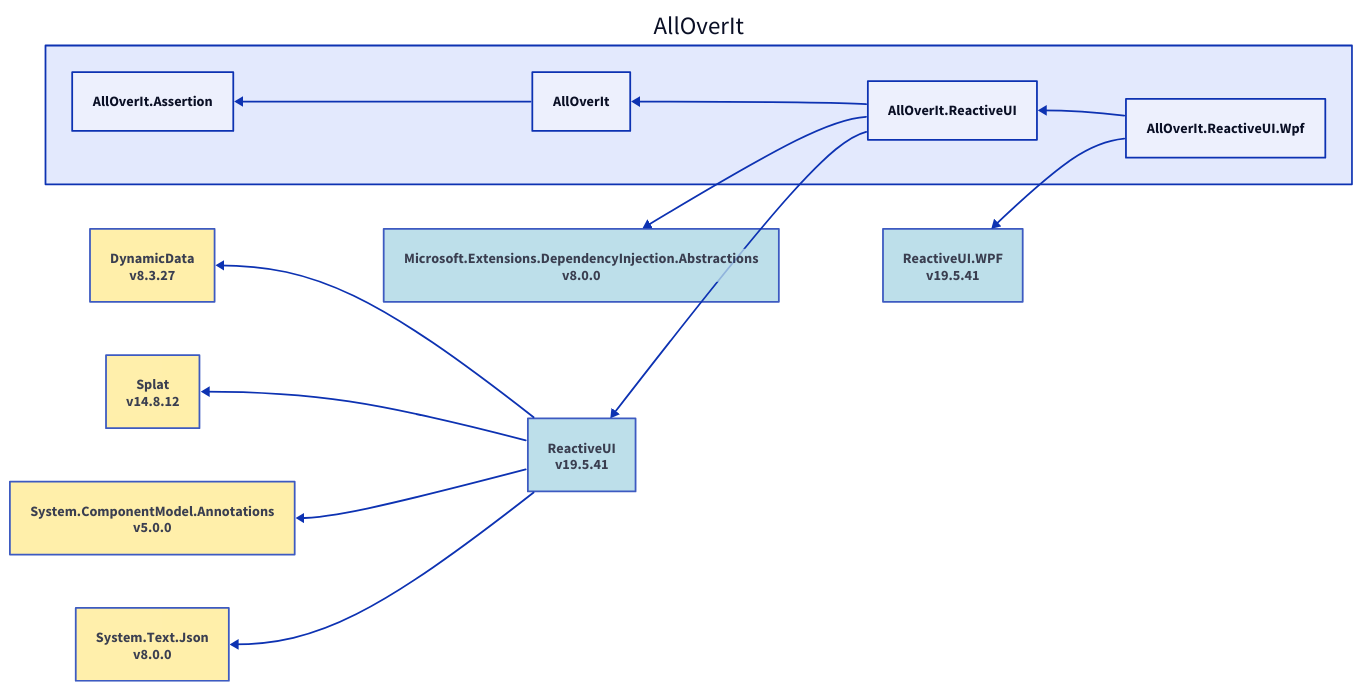
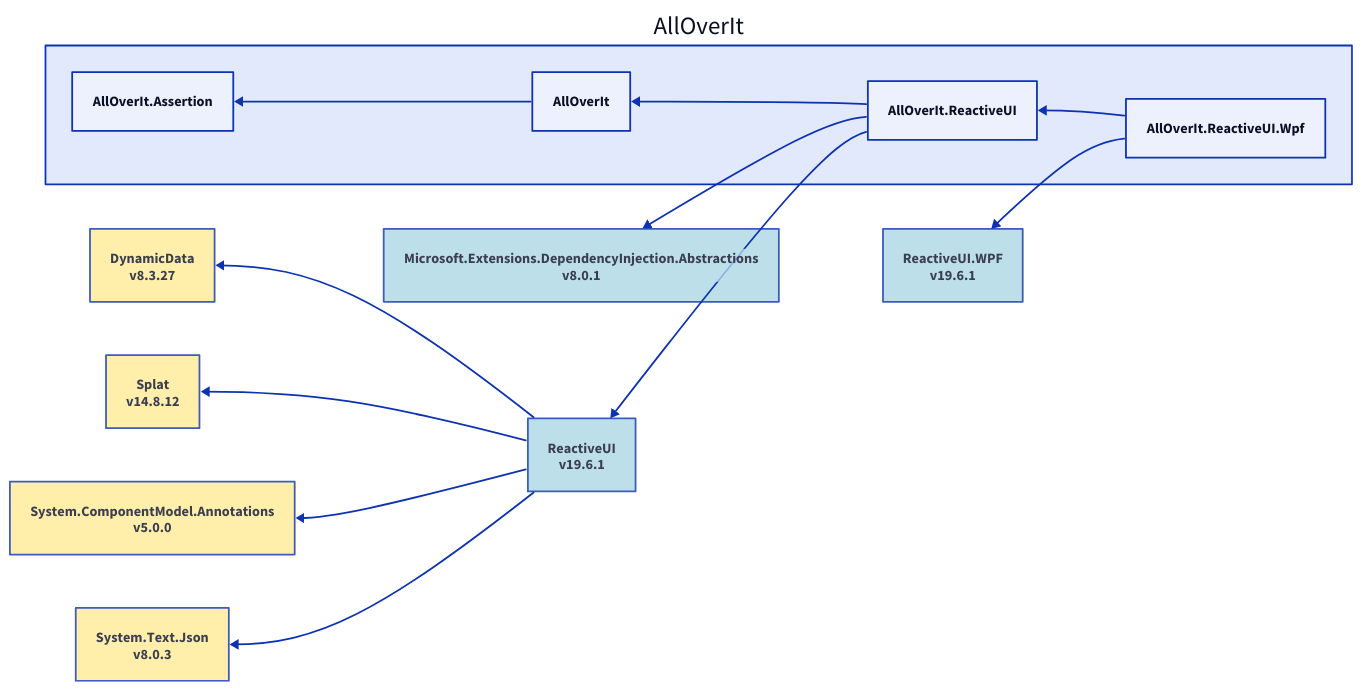
One commit to mjfreelancing/AllOverIt changed the diagram in Docs/Reference/Content/images/dependencies/net6.0/alloverit-reactiveui-wpf.d2. Above: the diagram before and after it, drawn with D2. The commit also changed 288 other files, not shown here.

```diff
--- a/Docs/Reference/Content/images/dependencies/net6.0/alloverit-reactiveui-wpf.d2
+++ b/Docs/Reference/Content/images/dependencies/net6.0/alloverit-reactiveui-wpf.d2
@@ -1,38 +1,38 @@
 direction: left
 
 aoi: AllOverIt
 aoi.alloverit-reactiveui-wpf: AllOverIt.ReactiveUI.Wpf
-reactiveui-wpf_19-5-41: ReactiveUI.WPF\nv19.5.41
-reactiveui-wpf_19-5-41.style.fill: "#ADD8E6"
-reactiveui-wpf_19-5-41.style.opacity: 0.8
-reactiveui-wpf_19-5-41 <- aoi.alloverit-reactiveui-wpf
+reactiveui-wpf_19-6-1: ReactiveUI.WPF\nv19.6.1
+reactiveui-wpf_19-6-1.style.fill: "#ADD8E6"
+reactiveui-wpf_19-6-1.style.opacity: 0.8
+reactiveui-wpf_19-6-1 <- aoi.alloverit-reactiveui-wpf
 aoi.alloverit-reactiveui: AllOverIt.ReactiveUI
-microsoft-extensions-dependencyinjection-abstractions_8-0-0: Microsoft.Extensions.DependencyInjection.Abstractions\nv8.0.0
-microsoft-extensions-dependencyinjection-abstractions_8-0-0.style.fill: "#ADD8E6"
-microsoft-extensions-dependencyinjection-abstractions_8-0-0.style.opacity: 0.8
-microsoft-extensions-dependencyinjection-abstractions_8-0-0 <- aoi.alloverit-reactiveui
-reactiveui_19-5-41: ReactiveUI\nv19.5.41
-reactiveui_19-5-41.style.fill: "#ADD8E6"
-reactiveui_19-5-41.style.opacity: 0.8
+microsoft-extensions-dependencyinjection-abstractions_8-0-1: Microsoft.Extensions.DependencyInjection.Abstractions\nv8.0.1
+microsoft-extensions-dependencyinjection-abstractions_8-0-1.style.fill: "#ADD8E6"
+microsoft-extensions-dependencyinjection-abstractions_8-0-1.style.opacity: 0.8
+microsoft-extensions-dependencyinjection-abstractions_8-0-1 <- aoi.alloverit-reactiveui
+reactiveui_19-6-1: ReactiveUI\nv19.6.1
+reactiveui_19-6-1.style.fill: "#ADD8E6"
+reactiveui_19-6-1.style.opacity: 0.8
 dynamicdata_8-3-27: DynamicData\nv8.3.27
 dynamicdata_8-3-27.style.fill: "#FFEC96"
 dynamicdata_8-3-27.style.opacity: 0.8
-dynamicdata_8-3-27 <- reactiveui_19-5-41
+dynamicdata_8-3-27 <- reactiveui_19-6-1
 splat_14-8-12: Splat\nv14.8.12
 splat_14-8-12.style.fill: "#FFEC96"
 splat_14-8-12.style.opacity: 0.8
-splat_14-8-12 <- reactiveui_19-5-41
+splat_14-8-12 <- reactiveui_19-6-1
 system-componentmodel-annotations_5-0-0: System.ComponentModel.Annotations\nv5.0.0
 system-componentmodel-annotations_5-0-0.style.fill: "#FFEC96"
 system-componentmodel-annotations_5-0-0.style.opacity: 0.8
-system-componentmodel-annotations_5-0-0 <- reactiveui_19-5-41
-system-text-json_8-0-0: System.Text.Json\nv8.0.0
-system-text-json_8-0-0.style.fill: "#FFEC96"
-system-text-json_8-0-0.style.opacity: 0.8
-system-text-json_8-0-0 <- reactiveui_19-5-41
-reactiveui_19-5-41 <- aoi.alloverit-reactiveui
+system-componentmodel-annotations_5-0-0 <- reactiveui_19-6-1
+system-text-json_8-0-3: System.Text.Json\nv8.0.3
+system-text-json_8-0-3.style.fill: "#FFEC96"
+system-text-json_8-0-3.style.opacity: 0.8
+system-text-json_8-0-3 <- reactiveui_19-6-1
+reactiveui_19-6-1 <- aoi.alloverit-reactiveui
 aoi.alloverit: AllOverIt
 aoi.alloverit-assertion: AllOverIt.Assertion
 aoi.alloverit-assertion <- aoi.alloverit
 aoi.alloverit <- aoi.alloverit-reactiveui
 aoi.alloverit-reactiveui <- aoi.alloverit-reactiveui-wpf
```
